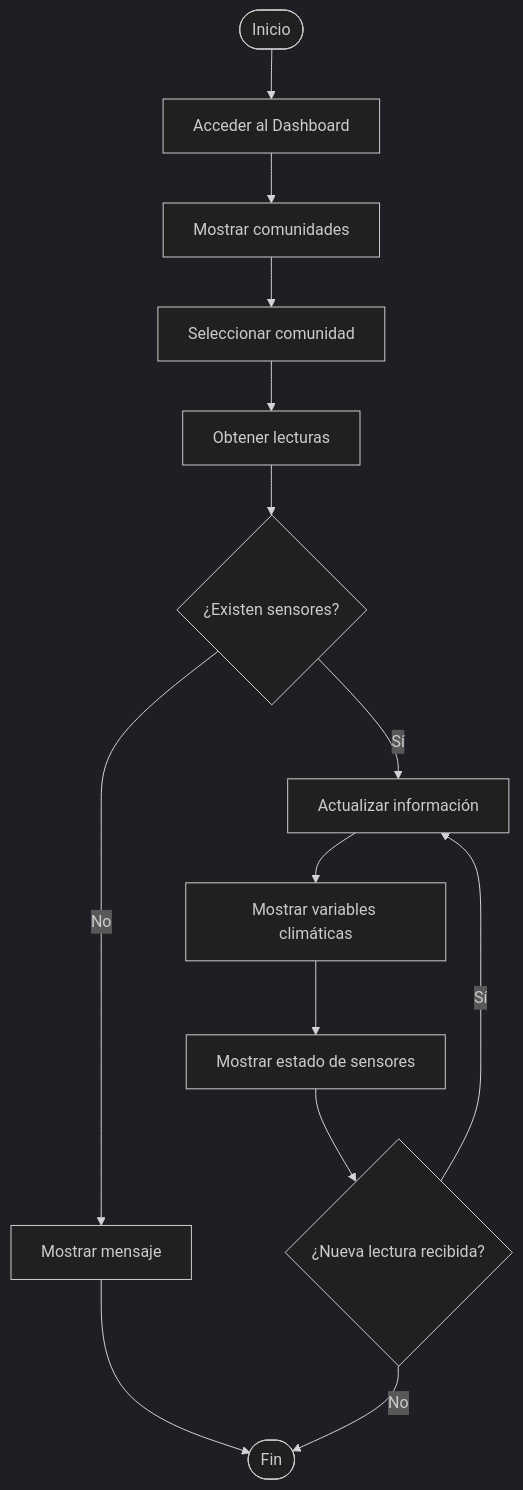
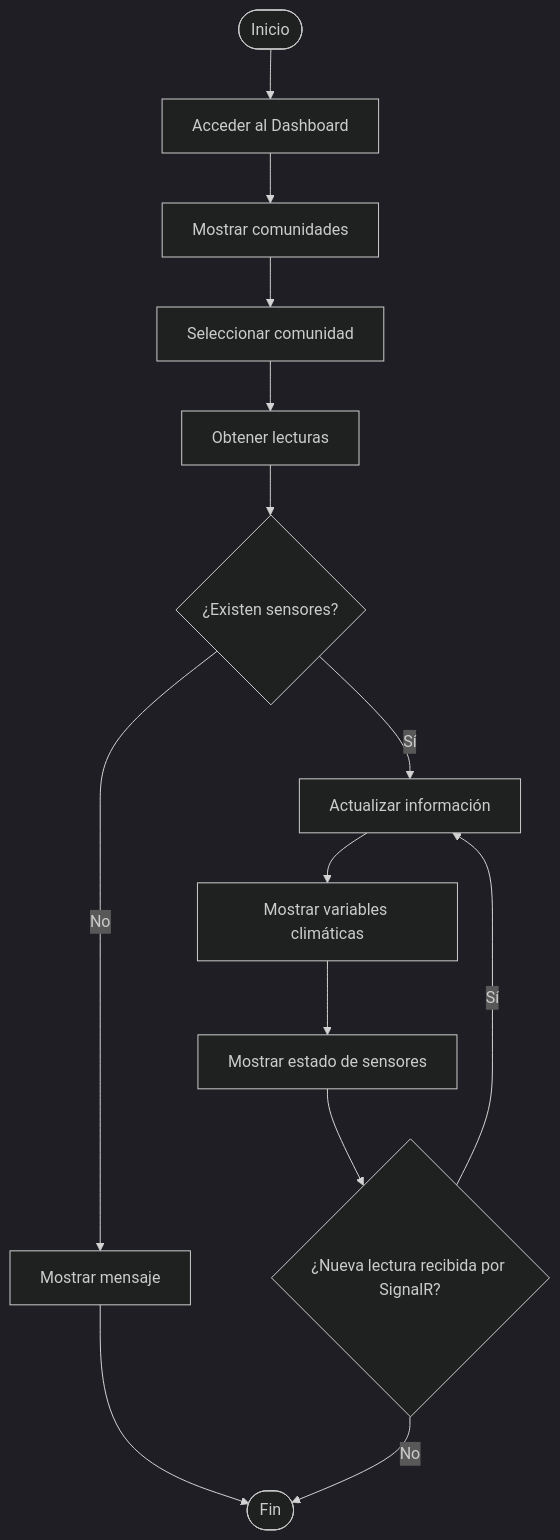
One commit to acifuinaMar/ClimGuard changed the fifth of 8 diagrams in docs/DOC-07-Diagramas de Actividades.md. Above: the diagram before and after it, drawn with Mermaid (dark theme). The commit also changed other lines of this file and 15 other files, not shown here.

````diff
--- a/docs/DOC-07-Diagramas de Actividades.md
+++ b/docs/DOC-07-Diagramas de Actividades.md
@@ -250,44 +199,44 @@
 ```mermaid
 flowchart TD
 
 A([Inicio])
 
 B[Acceder al Dashboard]
 
 C[Mostrar comunidades]
 
 D[Seleccionar comunidad]
 
 E[Obtener lecturas]
 
 F{¿Existen sensores?}
 
 G[Mostrar mensaje]
 
 H[Actualizar información]
 
 I[Mostrar variables climáticas]
 
 J[Mostrar estado de sensores]
 
-K{¿Nueva lectura recibida?}
+K{¿Nueva lectura recibida por SignalR?}
 
 L([Fin])
 
 A --> B
 B --> C
 C --> D
 D --> E
 E --> F
 
 F -- No --> G
 G --> L
 
 F -- Sí --> H
 H --> I
 I --> J
 J --> K
 
 K -- Sí --> H
 K -- No --> L
 ```
````
